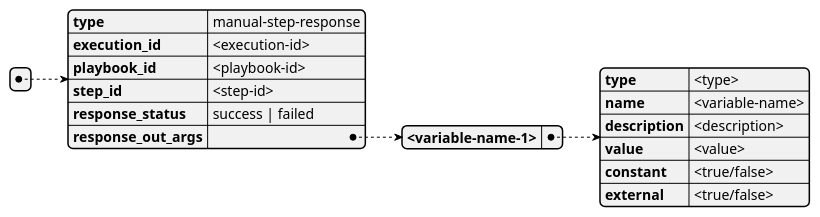
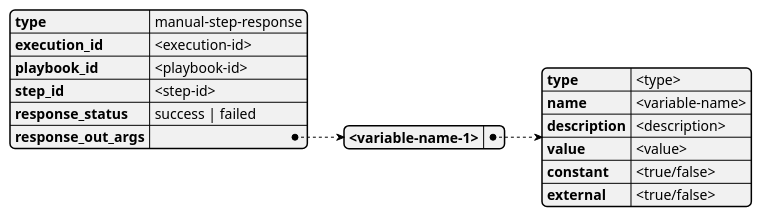
Before and after one commit to COSSAS/SOARCA: the fourth of 4 diagrams in docs/content/en/docs/core-components/api-manual.md, drawn with PlantUML. The commit also changed other lines of this file, not shown here.

Commit message:
Fixed response from list to single object, added error section to docs

````diff
--- a/docs/content/en/docs/core-components/api-manual.md
+++ b/docs/content/en/docs/core-components/api-manual.md
@@ -194,23 +194,23 @@
 ```plantuml
 @startjson
-[
+
     {
         "type" :        "manual-step-response",
         "execution_id" : "<execution-id>",
         "playbook_id" :  "<playbook-id>",
         "step_id" :  "<step-id>",
         "response_status" : "success | failed",
         "response_out_args":    {
             "<variable-name-1>" : {
                 "type":         "<type>",
                 "name":         "<variable-name>",
                 "description":  "<description>",
                 "value":        "<value>",
                 "constant":     "<true/false>",
                 "external":     "<true/false>"
             }
         }
     }
-]
+
 @endjson
 ```
````
